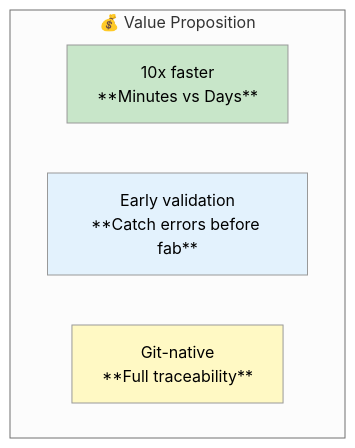
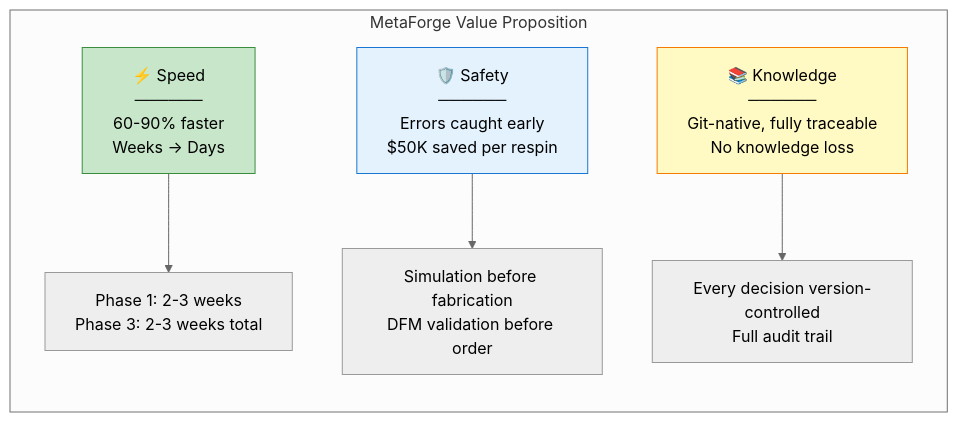
The tenth of 22 diagrams in docs/index.md (FidelOdok/MetaForge-Planner), drawn with Mermaid (neutral theme) before and after one commit. The commit also changed other lines of this file and 2 other files, not shown here.

First line of the commit message:
docs: update MetaForge documentation to reflect new platform vision and address hardware development challenges

````diff
--- a/docs/index.md
+++ b/docs/index.md
@@ -72,13 +599,18 @@
 ```mermaid
 flowchart TB
-    subgraph Value["💰 Value Proposition"]
-        direction LR
-        V1[10x faster<br/>**Minutes vs Days**]
-        V2[Early validation<br/>**Catch errors before fab**]
-        V3[Git-native<br/>**Full traceability**]
+    subgraph Value["MetaForge Value Proposition"]
+        direction TB
+
+        V1["⚡ Speed<br/>──────<br/>60-90% faster<br/>Weeks → Days"]
+        V2["🛡️ Safety<br/>──────<br/>Errors caught early<br/>$50K saved per respin"]
+        V3["📚 Knowledge<br/>──────<br/>Git-native, fully traceable<br/>No knowledge loss"]
+
+        V1 --> R1["Phase 1: 2-3 weeks<br/>Phase 3: 2-3 weeks total"]
+        V2 --> R2["Simulation before fabrication<br/>DFM validation before order"]
+        V3 --> R3["Every decision version-controlled<br/>Full audit trail"]
     end
 
-    style V1 fill:#c8e6c9
-    style V2 fill:#e3f2fd
-    style V3 fill:#fff9c4
+    style V1 fill:#c8e6c9,stroke:#388e3c
+    style V2 fill:#e3f2fd,stroke:#1976d2
+    style V3 fill:#fff9c4,stroke:#f57c00
 ```
````
